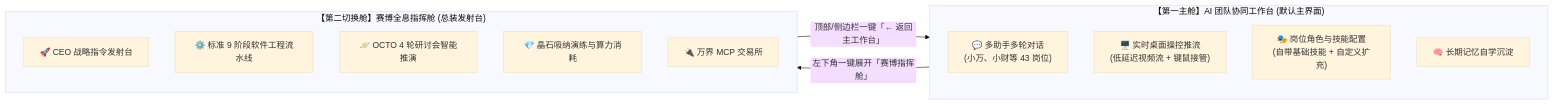
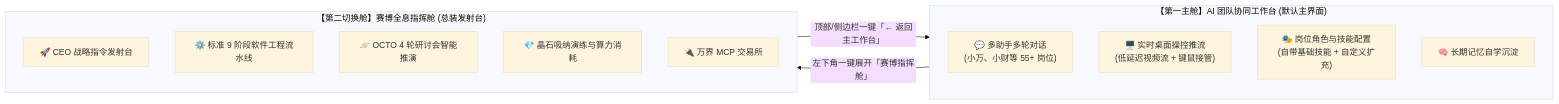
Before and after one commit to julingwu/agent-OS: the first of 2 diagrams in README.md, drawn with Mermaid (base theme). The commit also changed other lines of this file, not shown here.

````diff
--- a/README.md
+++ b/README.md
@@ -55,20 +55,20 @@
 ```mermaid
 flowchart LR
     subgraph CoreWorkspace ["【第一主舱】AI 团队协同工作台 (默认主界面)"]
-        Chat["💬 多助手多轮对话<br/>(小万、小财等 43 岗位)"]
+        Chat["💬 多助手多轮对话<br/>(小万、小财等 55+ 岗位)"]
         Stream["🖥️ 实时桌面操控推流<br/>(低延迟视频流 + 键鼠接管)"]
         RolesConfig["🎭 岗位角色与技能配置<br/>(自带基础技能 + 自定义扩充)"]
         Memory["🧠 长期记忆自学沉淀"]
     end
 
     subgraph CyberDeck ["【第二切换舱】赛博全息指挥舱 (总装发射台)"]
         Launch["🚀 CEO 战略指令发射台"]
         Pipelines["⚙️ 标准 9 阶段软件工程流水线"]
         Octo["🪐 OCTO 4 轮研讨会智能推演"]
         FinOpsDeck["💎 晶石吸纳演练与算力消耗"]
         MCPEx["🔌 万界 MCP 交易所"]
     end
 
     CoreWorkspace -- "左下角一键展开「赛博指挥舱」" --> CyberDeck
     CyberDeck -- "顶部/侧边栏一键「← 返回主工作台」" --> CoreWorkspace
 ```
````
